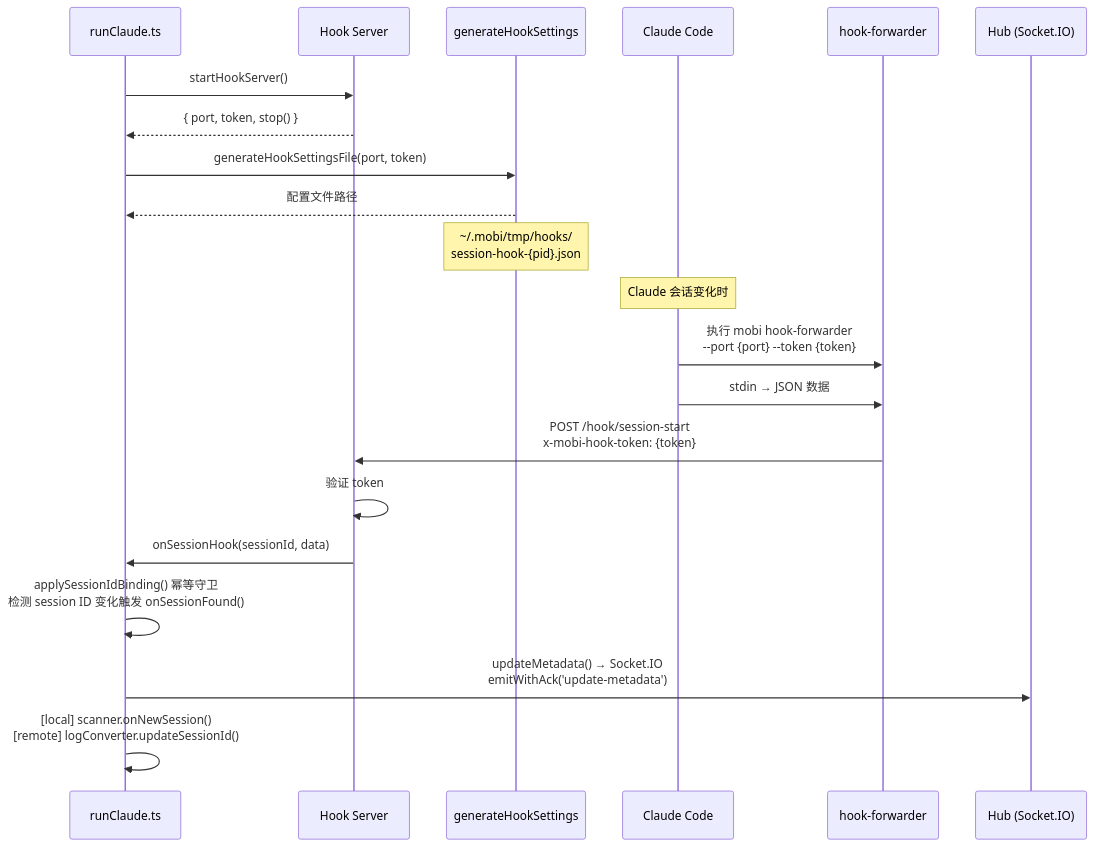
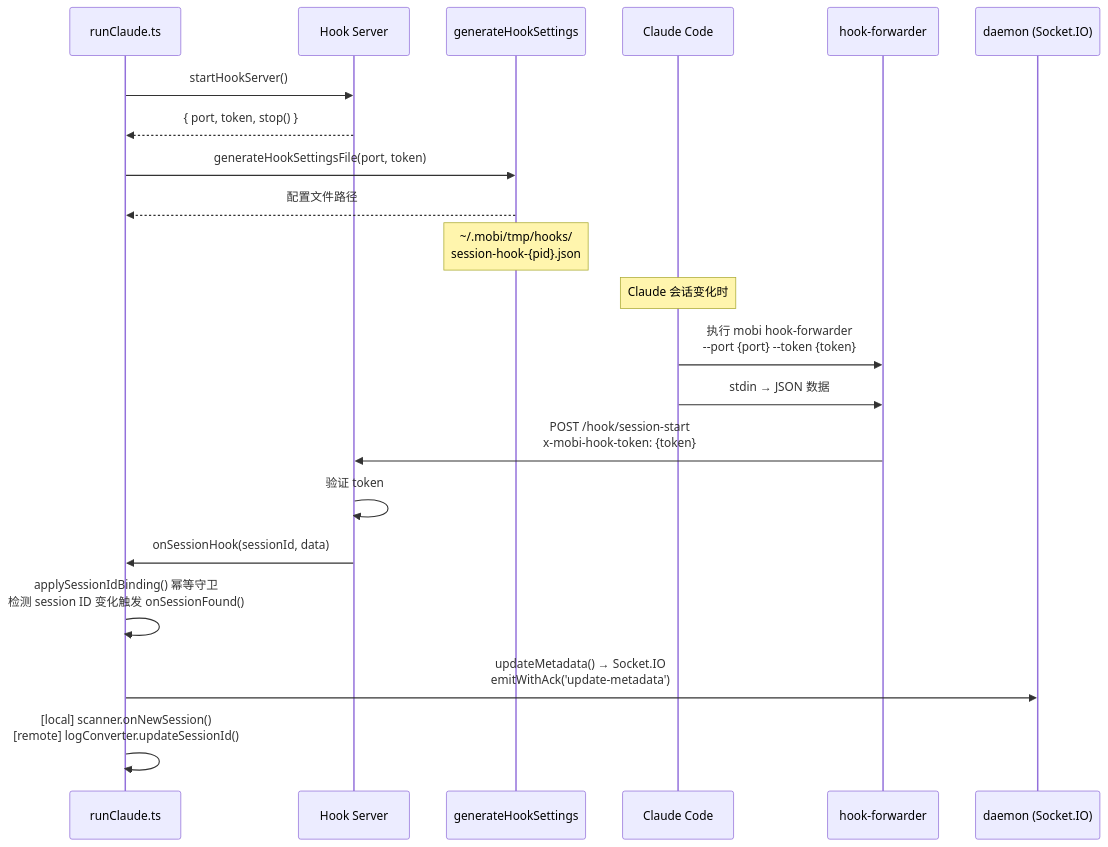
The second of 5 diagrams in docs/architecture/cli/commands/hook/README.md (ModuBit/mobi), drawn with Mermaid before and after one commit. The commit also changed other lines of this file and 86 other files, not shown here.

````diff
--- a/docs/architecture/cli/commands/hook/README.md
+++ b/docs/architecture/cli/commands/hook/README.md
@@ -36,25 +36,25 @@
 ```mermaid
 sequenceDiagram
     participant RunClaude as runClaude.ts
     participant HookServer as Hook Server
     participant Settings as generateHookSettings
     participant Claude as Claude Code
     participant Forwarder as hook-forwarder
-    participant Hub as Hub (Socket.IO)
+    participant daemon as daemon (Socket.IO)
 
     RunClaude->>HookServer: startHookServer()
     HookServer-->>RunClaude: { port, token, stop() }
     RunClaude->>Settings: generateHookSettingsFile(port, token)
     Settings-->>RunClaude: 配置文件路径
     Note over Settings: ~/.mobi/tmp/hooks/<br/>session-hook-{pid}.json
 
     Note over Claude: Claude 会话变化时
     Claude->>Forwarder: 执行 mobi hook-forwarder<br/>--port {port} --token {token}
     Claude->>Forwarder: stdin → JSON 数据
     Forwarder->>HookServer: POST /hook/session-start<br/>x-mobi-hook-token: {token}
     HookServer->>HookServer: 验证 token
     HookServer->>RunClaude: onSessionHook(sessionId, data)
     RunClaude->>RunClaude: applySessionIdBinding() 幂等守卫<br/>检测 session ID 变化触发 onSessionFound()
-    RunClaude->>Hub: updateMetadata() → Socket.IO<br/>emitWithAck('update-metadata')
+    RunClaude->>daemon: updateMetadata() → Socket.IO<br/>emitWithAck('update-metadata')
     RunClaude->>RunClaude: [local] scanner.onNewSession()<br/>[remote] logConverter.updateSessionId()
 ```
````
